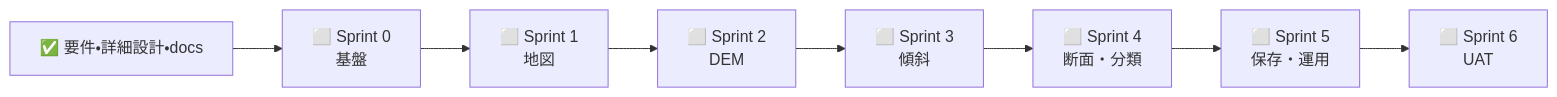
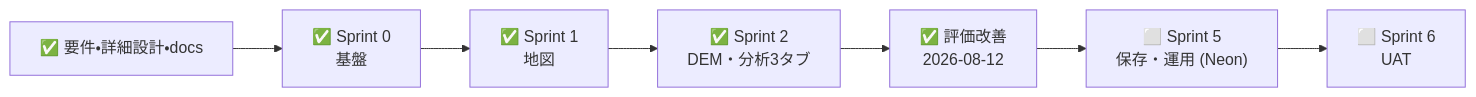
One commit to Kensan196948G/Civil-Terrain-Slope-Risk-Viewer changed the diagram in docs/ロードマップ.md. Above: the diagram before and after it, drawn with Mermaid. The commit also changed other lines of this file and 41 other files, not shown here.

````diff
--- a/docs/ロードマップ.md
+++ b/docs/ロードマップ.md
@@ -5,7 +5,7 @@
 ```mermaid
 flowchart LR
-    D["✅ 要件・詳細設計・docs"] --> S0["⬜ Sprint 0\n基盤"]
-    S0 --> S1["⬜ Sprint 1\n地図"] --> S2["⬜ Sprint 2\nDEM"]
-    S2 --> S3["⬜ Sprint 3\n傾斜"] --> S4["⬜ Sprint 4\n断面・分類"]
-    S4 --> S5["⬜ Sprint 5\n保存・運用"] --> S6["⬜ Sprint 6\nUAT"]
+    D["✅ 要件・詳細設計・docs"] --> S0["✅ Sprint 0\n基盤"] --> S1["✅ Sprint 1\n地図"]
+    S1 --> S2["✅ Sprint 2\nDEM・分析3タブ"]
+    S2 --> S3["✅ 評価改善\n2026-08-12"]
+    S3 --> S5["⬜ Sprint 5\n保存・運用 (Neon)"] --> S6["⬜ Sprint 6\nUAT"]
 ```
````
